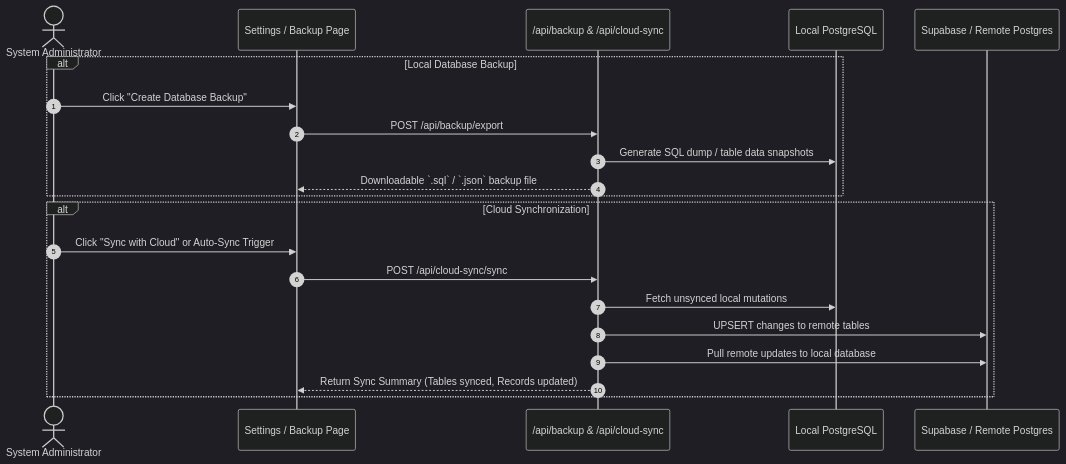
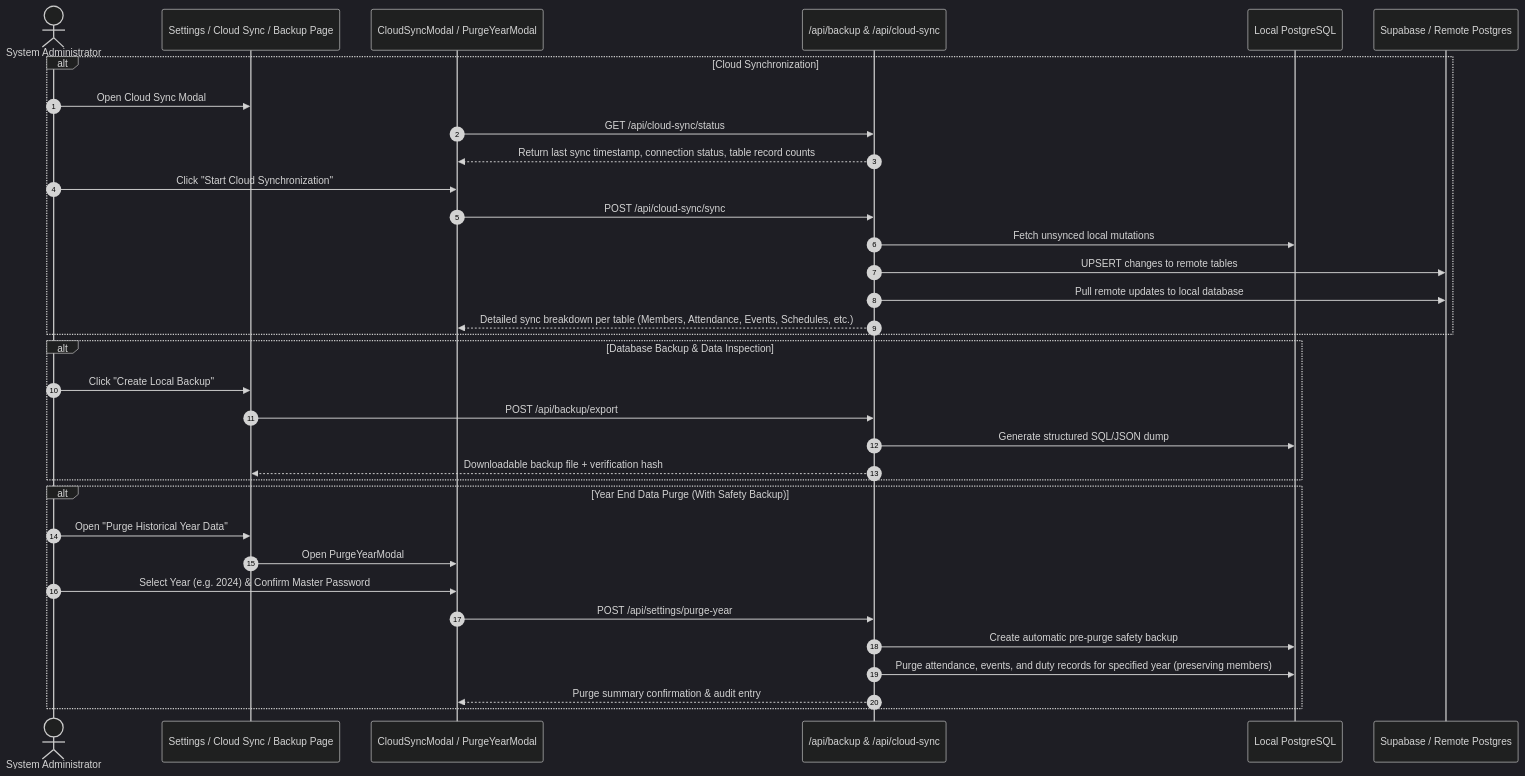
One commit to Isapolloo08/DPC_ManagementSystem changed diagram 11 of 11 in SYSTEM_WORKFLOW.md. Above: the diagram before and after it, drawn with Mermaid (dark theme). The commit also changed other lines of this file and 161 other files, not shown here.

````diff
--- a/SYSTEM_WORKFLOW.md
+++ b/SYSTEM_WORKFLOW.md
@@ -341,25 +397,39 @@
 ```mermaid
 sequenceDiagram
     autonumber
     actor Admin as System Administrator
-    participant UI as Settings / Backup Page
+    participant UI as Settings / Cloud Sync / Backup Page
+    participant Modal as CloudSyncModal / PurgeYearModal
     participant BackupAPI as /api/backup & /api/cloud-sync
     participant LocalDB as Local PostgreSQL
     participant CloudDB as Supabase / Remote Postgres
 
-    alt Local Database Backup
-        Admin->>UI: Click "Create Database Backup"
-        UI->>BackupAPI: POST /api/backup/export
-        BackupAPI->>LocalDB: Generate SQL dump / table data snapshots
-        BackupAPI-->>UI: Downloadable `.sql` / `.json` backup file
-    end
-
     alt Cloud Synchronization
-        Admin->>UI: Click "Sync with Cloud" or Auto-Sync Trigger
-        UI->>BackupAPI: POST /api/cloud-sync/sync
+        Admin->>UI: Open Cloud Sync Modal
+        Modal->>BackupAPI: GET /api/cloud-sync/status
+        BackupAPI-->>Modal: Return last sync timestamp, connection status, table record counts
+        Admin->>Modal: Click "Start Cloud Synchronization"
+        Modal->>BackupAPI: POST /api/cloud-sync/sync
         BackupAPI->>LocalDB: Fetch unsynced local mutations
         BackupAPI->>CloudDB: UPSERT changes to remote tables
         BackupAPI->>CloudDB: Pull remote updates to local database
-        BackupAPI-->>UI: Return Sync Summary (Tables synced, Records updated)
+        BackupAPI-->>Modal: Detailed sync breakdown per table (Members, Attendance, Events, Schedules, etc.)
+    end
+
+    alt Database Backup & Data Inspection
+        Admin->>UI: Click "Create Local Backup"
+        UI->>BackupAPI: POST /api/backup/export
+        BackupAPI->>LocalDB: Generate structured SQL/JSON dump
+        BackupAPI-->>UI: Downloadable backup file + verification hash
+    end
+
+    alt Year End Data Purge (With Safety Backup)
+        Admin->>UI: Open "Purge Historical Year Data"
+        UI->>Modal: Open PurgeYearModal
+        Admin->>Modal: Select Year (e.g. 2024) & Confirm Master Password
+        Modal->>BackupAPI: POST /api/settings/purge-year
+        BackupAPI->>LocalDB: Create automatic pre-purge safety backup
+        BackupAPI->>LocalDB: Purge attendance, events, and duty records for specified year (preserving members)
+        BackupAPI-->>Modal: Purge summary confirmation & audit entry
     end
 ```
````
